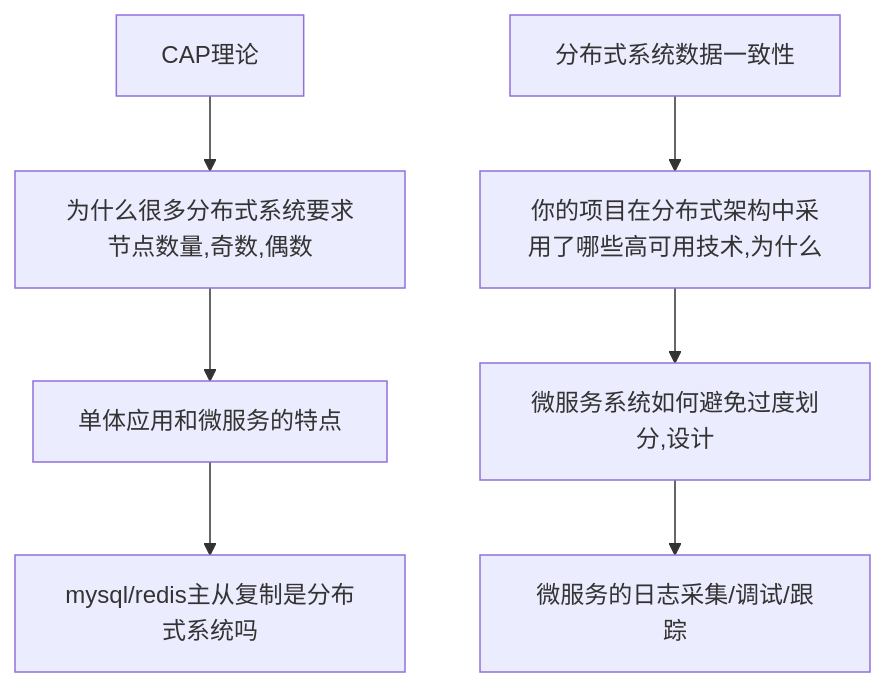
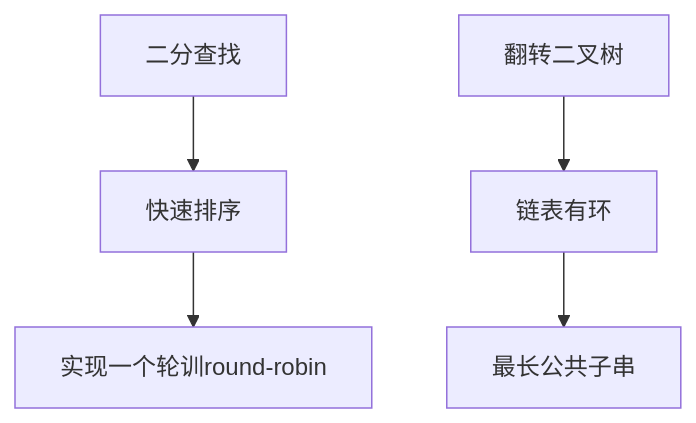
Diagram 14 of 15 in interview_flow.md (Roxas/article), drawn with Mermaid before and after one commit. The commit also changed other lines of this file, not shown here.

First line of the commit message:
update flow

````diff
--- a/interview_flow.md
+++ b/interview_flow.md
@@ -123,5 +153,5 @@
 ```mermaid
 graph TB
-    a[CAP理论] --> d[为什么很多分布式系统要求节点数量,奇数,偶数] --> g[单体应用和微服务的特点] --> j[mysql/redis主从复制是分布式系统吗]
-    b[分布式系统数据一致性] --> e[你的项目在分布式架构中采用了哪些高可用技术,为什么] --> h[微服务系统如何避免过度划分,设计] --> k[微服务的日志采集/调试/跟踪]
+  a[二分查找] --> c[快速排序] --> e[实现一个轮训round-robin]
+  b[翻转二叉树] --> d[链表有环] --> f[最长公共子串]
 ```
````
